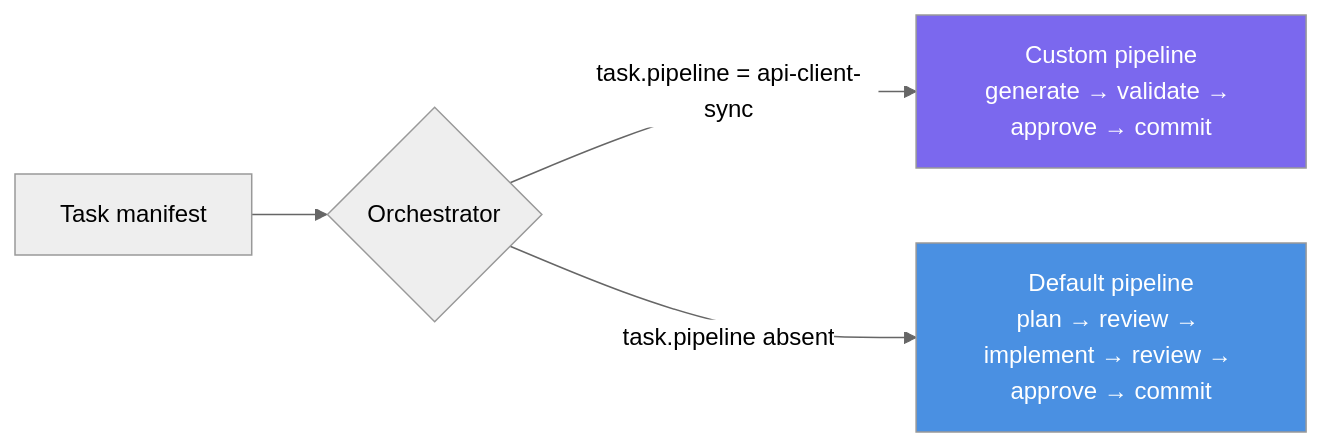
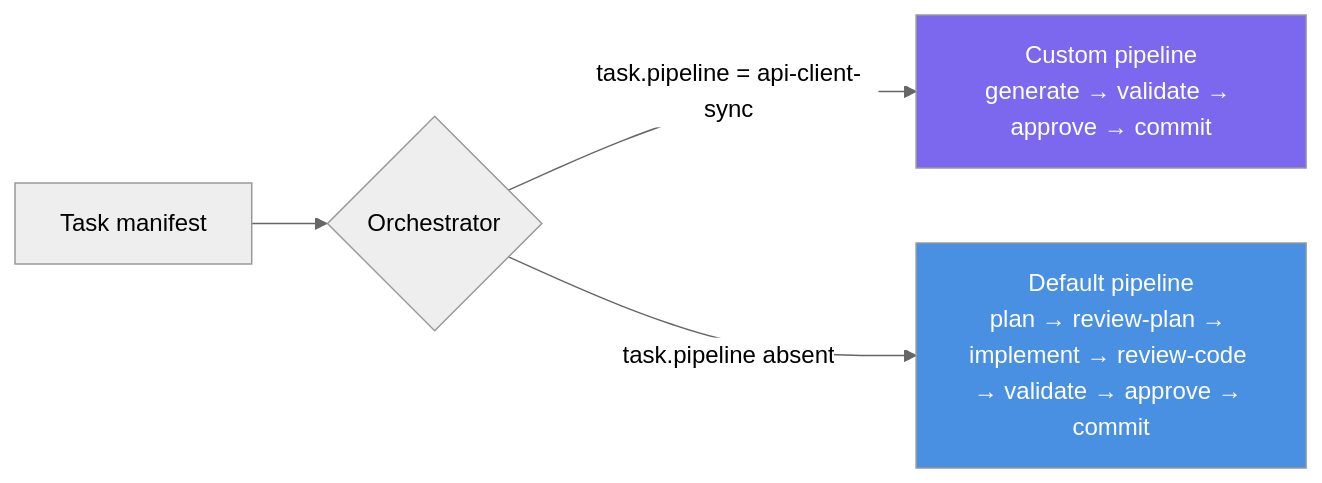
The second of 4 diagrams in docs/customising-workflows.md (Entelligentsia/forge), drawn with Mermaid (neutral theme) before and after one commit. The commit also changed other lines of this file and 13 other files, not shown here.

First line of the commit message:
feat: 0.6.10 — validate role, pipeline ownership, sprint-close workflow

````diff
--- a/docs/customising-workflows.md
+++ b/docs/customising-workflows.md
@@ -93,9 +93,9 @@
 ```mermaid
 flowchart LR
     T[Task manifest] --> ORC{Orchestrator}
     ORC -->|task.pipeline = api-client-sync| CP[Custom pipeline\ngenerate → validate → approve → commit]
-    ORC -->|task.pipeline absent| DP[Default pipeline\nplan → review → implement → review → approve → commit]
+    ORC -->|task.pipeline absent| DP[Default pipeline\nplan → review-plan → implement → review-code → validate → approve → commit]
 
     style CP fill:#7b68ee,color:#fff
     style DP fill:#4a90e2,color:#fff
 ```
````
